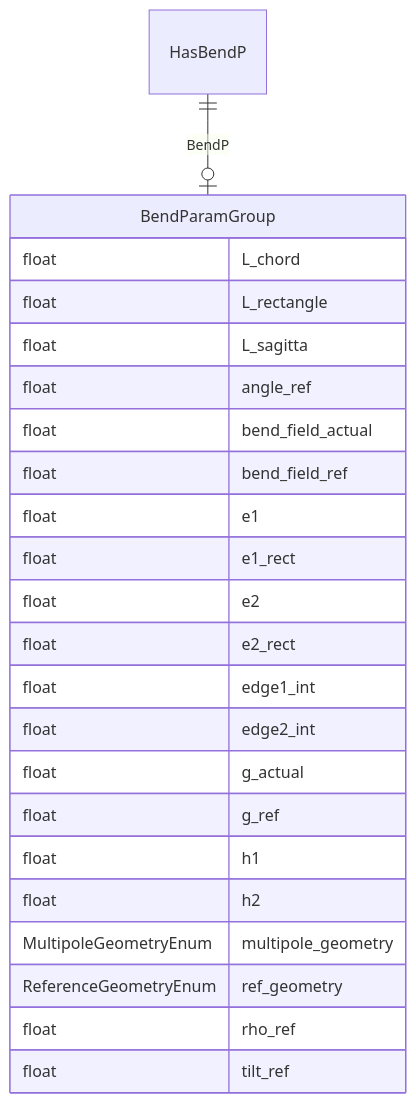
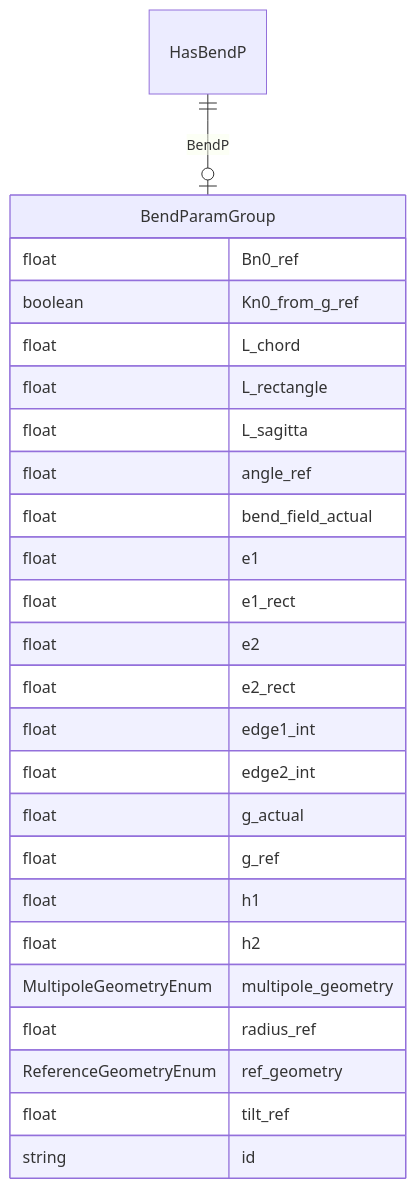
Before and after one commit to pals-project/pals-facility-config: the diagram in docs/elements/classes/HasBendP.md, drawn with Mermaid. The commit also changed other lines of this file and 499 other files, not shown here.

````diff
--- a/docs/elements/classes/HasBendP.md
+++ b/docs/elements/classes/HasBendP.md
@@ -10,31 +10,33 @@
 ```mermaid
 erDiagram
 BendParamGroup {
+    float Bn0_ref  
+    boolean Kn0_from_g_ref  
     float L_chord  
     float L_rectangle  
     float L_sagitta  
     float angle_ref  
     float bend_field_actual  
-    float bend_field_ref  
     float e1  
     float e1_rect  
     float e2  
     float e2_rect  
     float edge1_int  
     float edge2_int  
     float g_actual  
     float g_ref  
     float h1  
     float h2  
     MultipoleGeometryEnum multipole_geometry  
+    float radius_ref  
     ReferenceGeometryEnum ref_geometry  
-    float rho_ref  
     float tilt_ref  
+    string id  
 }
 HasBendP {
 
 }
 
 HasBendP ||--|o BendParamGroup : "BendP"
 
 ```
````
